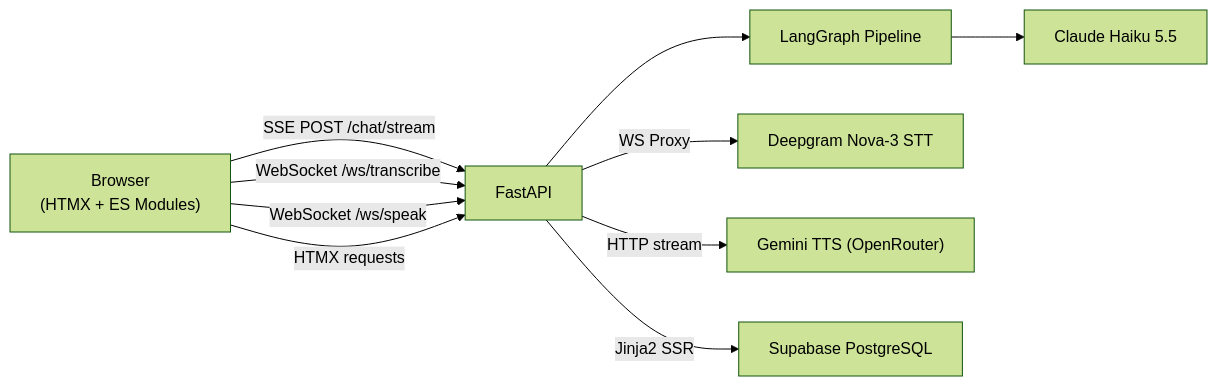
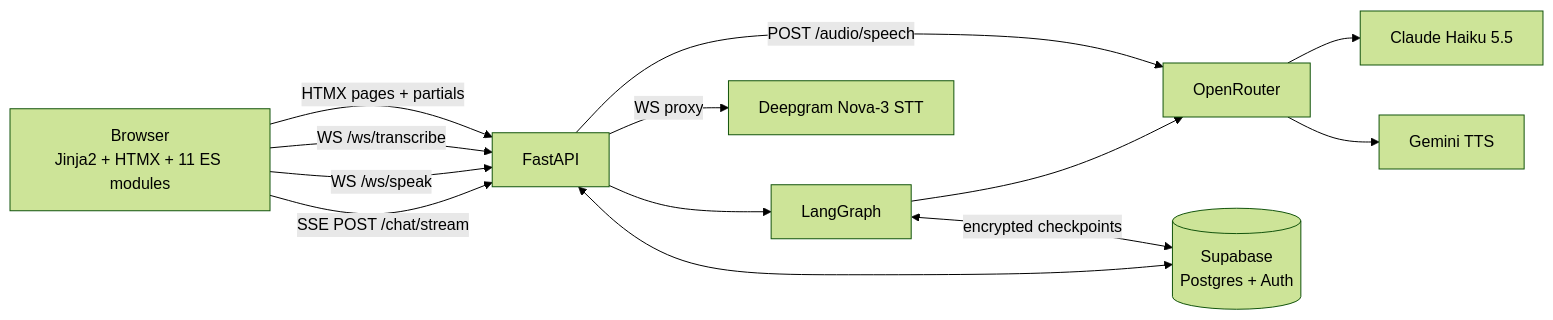
The first of 9 diagrams in docs/architecture.md (darth-dodo/habla-hermano), drawn with Mermaid (forest theme) before and after one commit. The commit also changed other lines of this file and 10 other files, not shown here.

````diff
--- a/docs/architecture.md
+++ b/docs/architecture.md
@@ -33,15 +7,17 @@
 ```mermaid
 graph LR
-    B["Browser<br/>(HTMX + ES Modules)"]
+    B["Browser<br/>Jinja2 + HTMX + 11 ES modules"]
     F["FastAPI"]
-    LG["LangGraph Pipeline"]
-    C["Claude Haiku 5.5"]
-    DG_STT["Deepgram Nova-3 STT"]
-    TTS["Gemini TTS (OpenRouter)"]
-    DB["Supabase PostgreSQL"]
+    LG["LangGraph"]
+    OR["OpenRouter"]
+    H["Claude Haiku 5.5"]
+    G["Gemini TTS"]
+    DG["Deepgram Nova-3 STT"]
+    DB[("Supabase<br/>Postgres + Auth")]
 
-    B -- "SSE POST /chat/stream" --> F --> LG --> C
-    B -- "WebSocket /ws/transcribe" --> F -- "WS Proxy" --> DG_STT
-    B -- "WebSocket /ws/speak" --> F -- "HTTP stream" --> TTS
-    B -- "HTMX requests" --> F -- "Jinja2 SSR" --> DB
+    B -- "SSE  POST /chat/stream" --> F --> LG --> OR --> H
+    B -- "WS  /ws/speak" --> F -- "POST /audio/speech" --> OR --> G
+    B -- "WS  /ws/transcribe" --> F -- "WS proxy" --> DG
+    B -- "HTMX pages + partials" --> F <--> DB
+    LG <-- "encrypted checkpoints" --> DB
 ```
````
